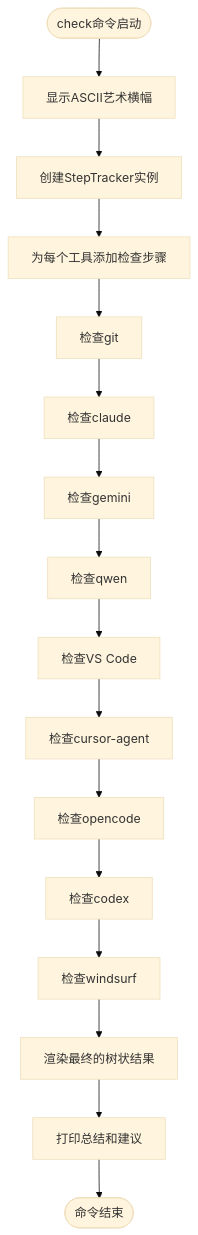
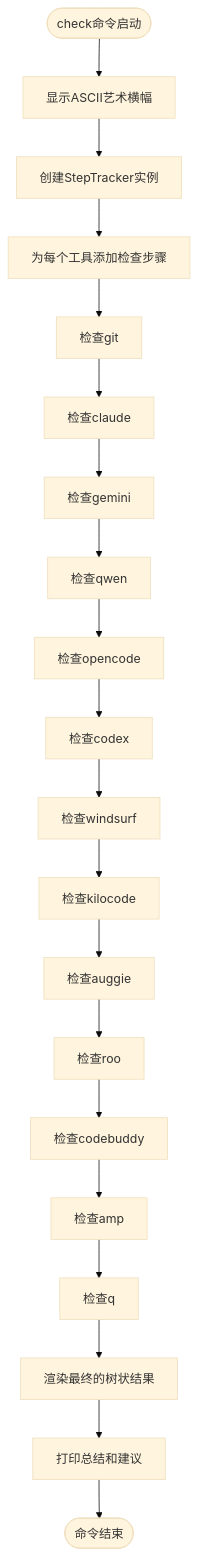
One commit to afanty2021/spec-kit changed the fourth of 5 diagrams in .qoder/repowiki/zh/content/CLI命令参考/CLI命令参考.md. Above: the diagram before and after it, drawn with Mermaid (base theme). The commit also changed other lines of this file and 18 other files, not shown here.

````diff
--- a/.qoder/repowiki/zh/content/CLI命令参考/CLI命令参考.md
+++ b/.qoder/repowiki/zh/content/CLI命令参考/CLI命令参考.md
@@ -168,18 +173,22 @@
 ```mermaid
 flowchart TD
 Start([check命令启动]) --> ShowBanner["显示ASCII艺术横幅"]
 ShowBanner --> CreateTracker["创建StepTracker实例"]
 CreateTracker --> AddSteps["为每个工具添加检查步骤"]
 AddSteps --> CheckGit["检查git"]
 CheckGit --> CheckClaude["检查claude"]
 CheckClaude --> CheckGemini["检查gemini"]
 CheckGemini --> CheckQwen["检查qwen"]
-CheckQwen --> CheckCode["检查VS Code"]
-CheckCode --> CheckCursor["检查cursor-agent"]
-CheckCursor --> CheckOpencode["检查opencode"]
+CheckQwen --> CheckOpencode["检查opencode"]
 CheckOpencode --> CheckCodex["检查codex"]
 CheckCodex --> CheckWindsurf["检查windsurf"]
-CheckWindsurf --> RenderTree["渲染最终的树状结果"]
+CheckWindsurf --> CheckKilocode["检查kilocode"]
+CheckKilocode --> CheckAuggie["检查auggie"]
+CheckAuggie --> CheckRoo["检查roo"]
+CheckRoo --> CheckCodebuddy["检查codebuddy"]
+CheckCodebuddy --> CheckAmp["检查amp"]
+CheckAmp --> CheckQ["检查q"]
+CheckQ --> RenderTree["渲染最终的树状结果"]
 RenderTree --> PrintSummary["打印总结和建议"]
 PrintSummary --> End([命令结束])
 ```
````
